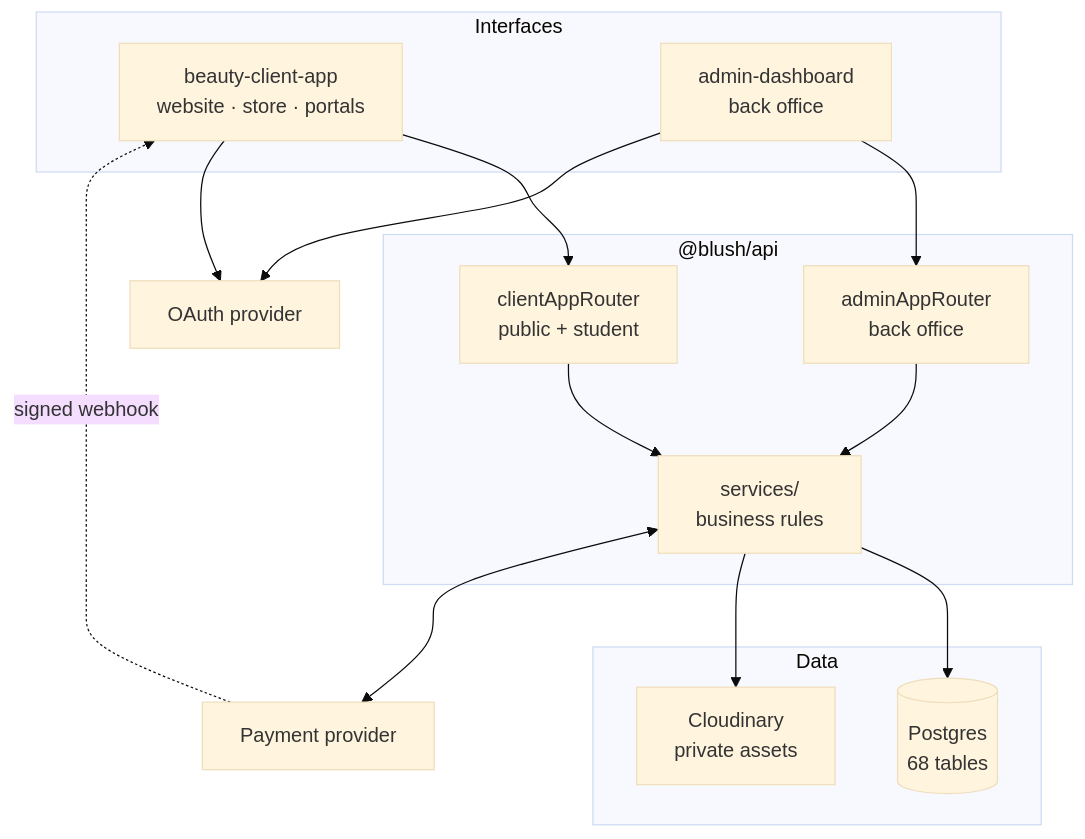
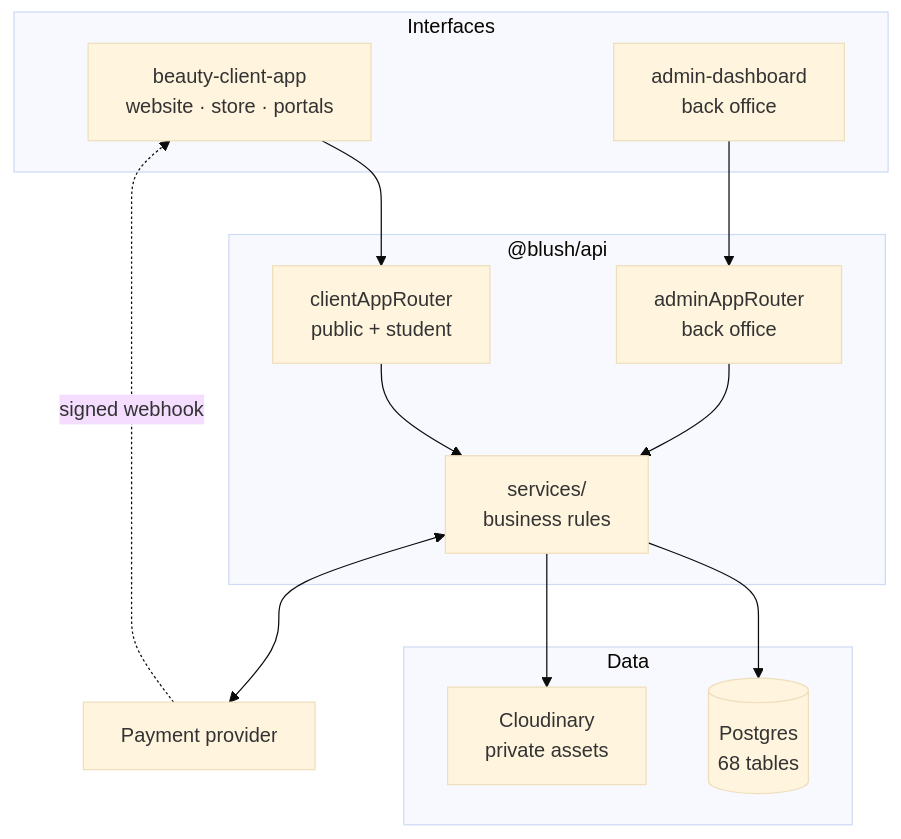
One commit to eckintosh-4ai360/BLUSH-WITH-TEE-COSMETOLOGY changed the first of 2 diagrams in docs/architecture.md. Above: the diagram before and after it, drawn with Mermaid (base theme). The commit also changed other lines of this file and 5 other files, not shown here.

````diff
--- a/docs/architecture.md
+++ b/docs/architecture.md
@@ -8,32 +8,29 @@
 ```mermaid
 flowchart TB
     subgraph Interfaces
         WEB["beauty-client-app<br/>website · store · portals"]
         ADM["admin-dashboard<br/>back office"]
     end
 
     subgraph API["@blush/api"]
         CR["clientAppRouter<br/>public + student"]
         AR["adminAppRouter<br/>back office"]
         SVC["services/<br/>business rules"]
     end
 
     subgraph Data
         DB[("Postgres<br/>68 tables")]
         FILES["Cloudinary<br/>private assets"]
     end
 
     GATE["Payment provider"]
-    AUTH["OAuth provider"]
 
     WEB --> CR
     ADM --> AR
     CR --> SVC
     AR --> SVC
     SVC --> DB
     SVC --> FILES
     SVC <--> GATE
-    WEB --> AUTH
-    ADM --> AUTH
     GATE -.signed webhook.-> WEB
 ```
````
